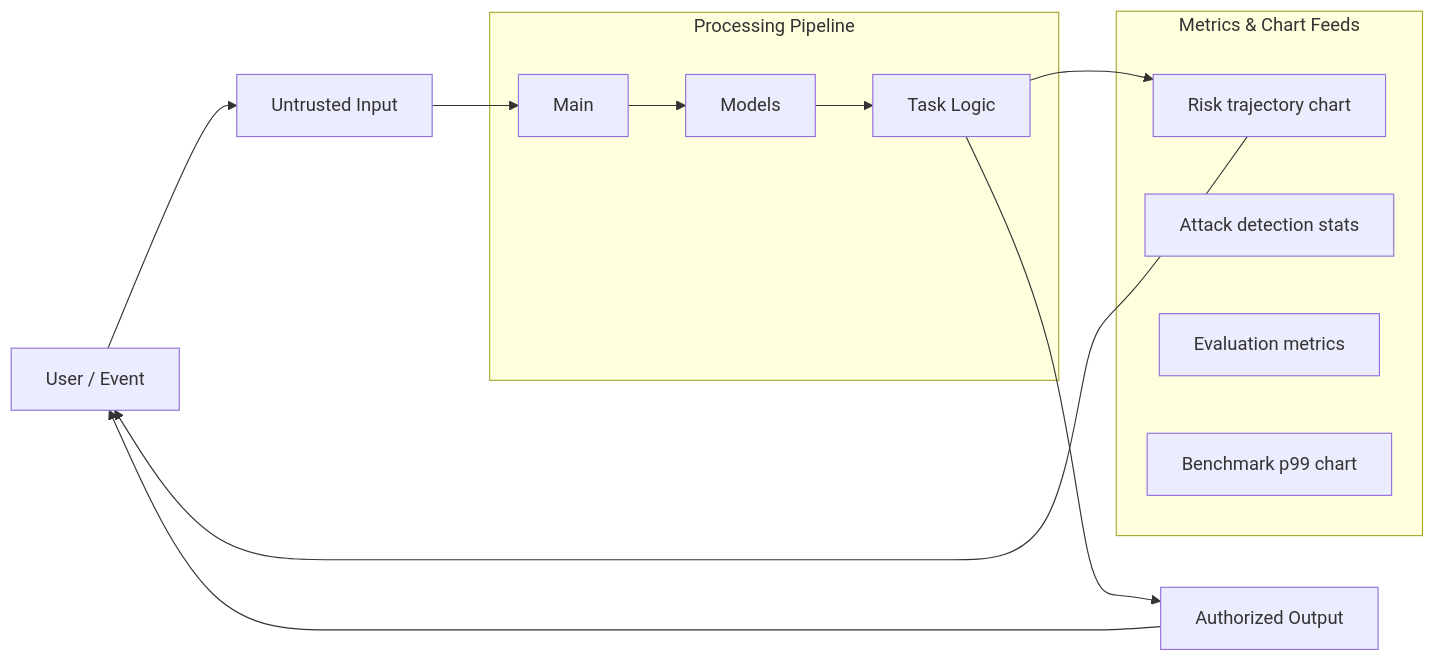
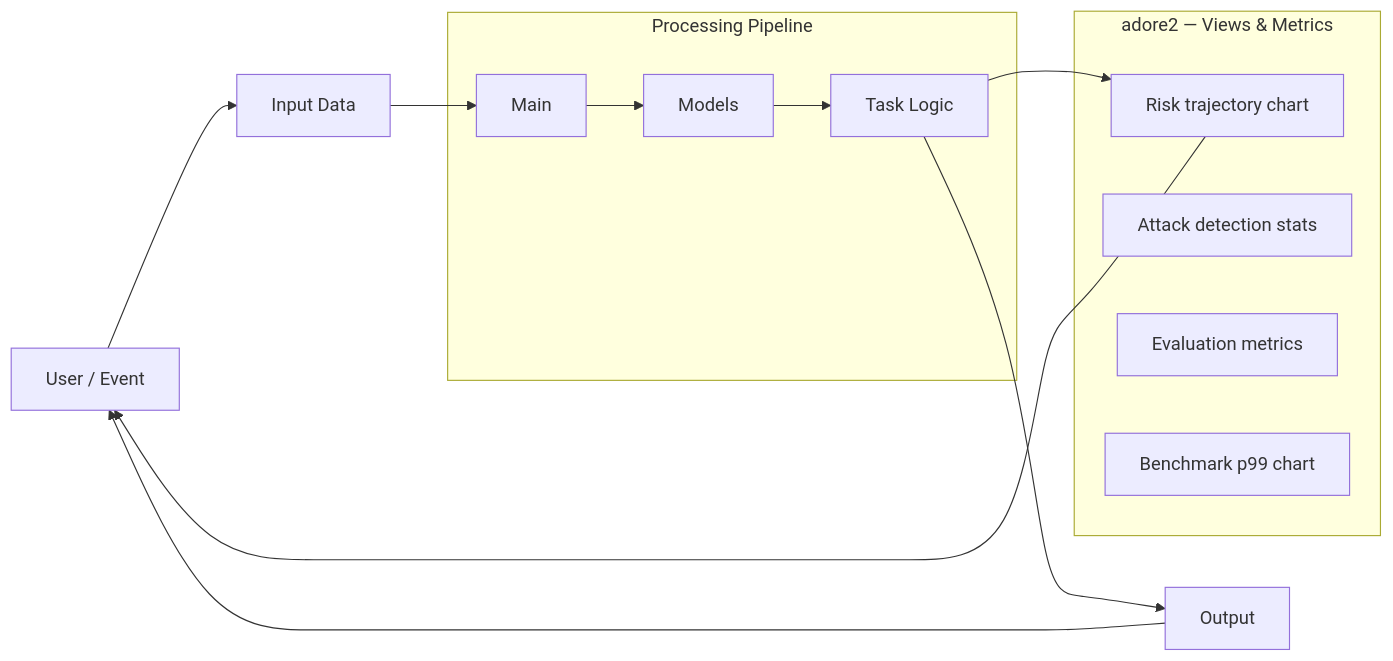
One commit to Punyamittal/adore2 changed the second of 4 diagrams in README.md. Above: the diagram before and after it, drawn with Mermaid. The commit also changed other lines of this file, not shown here.

````diff
--- a/README.md
+++ b/README.md
@@ -352,25 +167,25 @@
 ```mermaid
 flowchart LR
-    U["User / Event"] --> IN["Untrusted Input"]
+    U["User / Event"] --> IN["Input Data"]
 
     subgraph Pipeline["Processing Pipeline"]
         p0["Main"]
         p1["Models"]
         p2["Task Logic"]
         p0 --> p1
         p1 --> p2
     end
 
-    subgraph Metrics["Metrics & Chart Feeds"]
+    subgraph Metrics["adore2 — Views & Metrics"]
         risk_trajectory["Risk trajectory chart"]
         attack_stats["Attack detection stats"]
         eval_metrics["Evaluation metrics"]
         benchmark_p99["Benchmark p99 chart"]
     end
 
     IN --> p0
-    p2 --> OUT["Authorized Output"]
+    p2 --> OUT["Output"]
     OUT --> U
     p2 --> risk_trajectory
     risk_trajectory --> U
 ```
````
